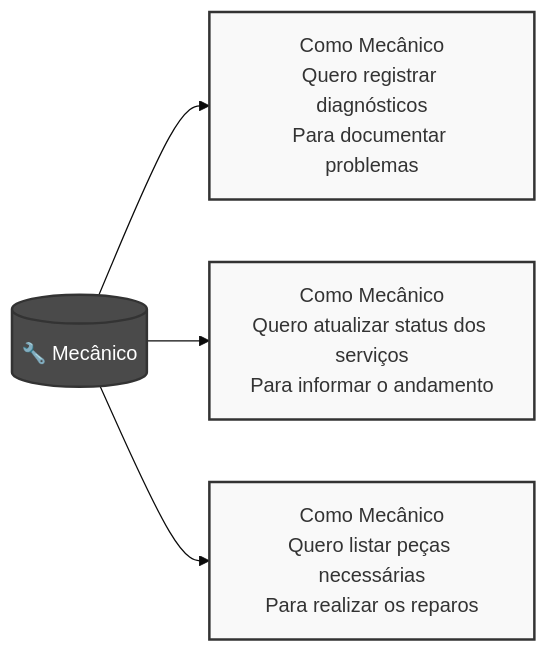
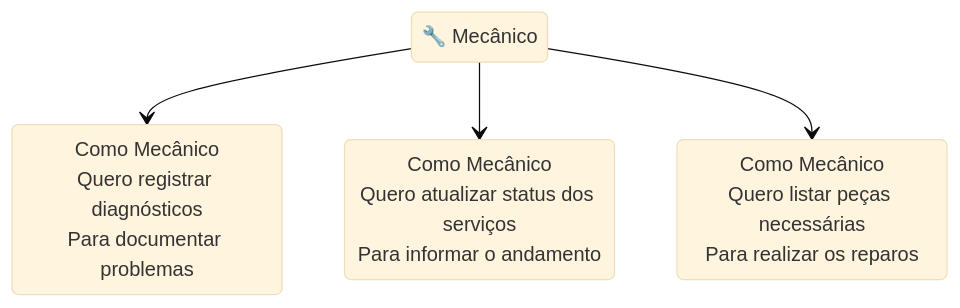
One commit to marcus2703/sistema-ordem-servico-oficina changed the third of 4 diagrams in historias_usuario.md. Above: the diagram before and after it, drawn with Mermaid (base theme). The commit also changed other lines of this file, not shown here.

````diff
--- a/historias_usuario.md
+++ b/historias_usuario.md
@@ -57,15 +51,11 @@
 ```mermaid
-graph LR
-    Mecanico[("🔧 Mecânico")]
-    US7["Como Mecânico<br/>Quero registrar diagnósticos<br/>Para documentar problemas"]
-    US8["Como Mecânico<br/>Quero atualizar status dos serviços<br/>Para informar o andamento"]
-    US9["Como Mecânico<br/>Quero listar peças necessárias<br/>Para realizar os reparos"]
+stateDiagram-v2
+    Mecanico: 🔧 Mecânico
+    US7: Como Mecânico<br/>Quero registrar diagnósticos<br/>Para documentar problemas
+    US8: Como Mecânico<br/>Quero atualizar status dos serviços<br/>Para informar o andamento
+    US9: Como Mecânico<br/>Quero listar peças necessárias<br/>Para realizar os reparos
 
     Mecanico --> US7
     Mecanico --> US8
     Mecanico --> US9
-
-    classDef default fill:#f9f9f9,stroke:#333,stroke-width:2px;
-    classDef ator fill:#4A4A4A,stroke:#333,stroke-width:2px,color:white;
-    class Mecanico ator;
 ```
````
